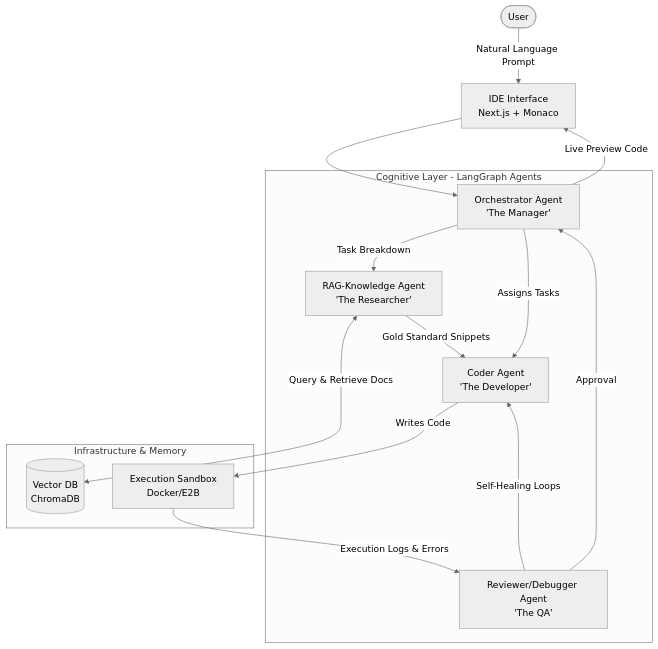
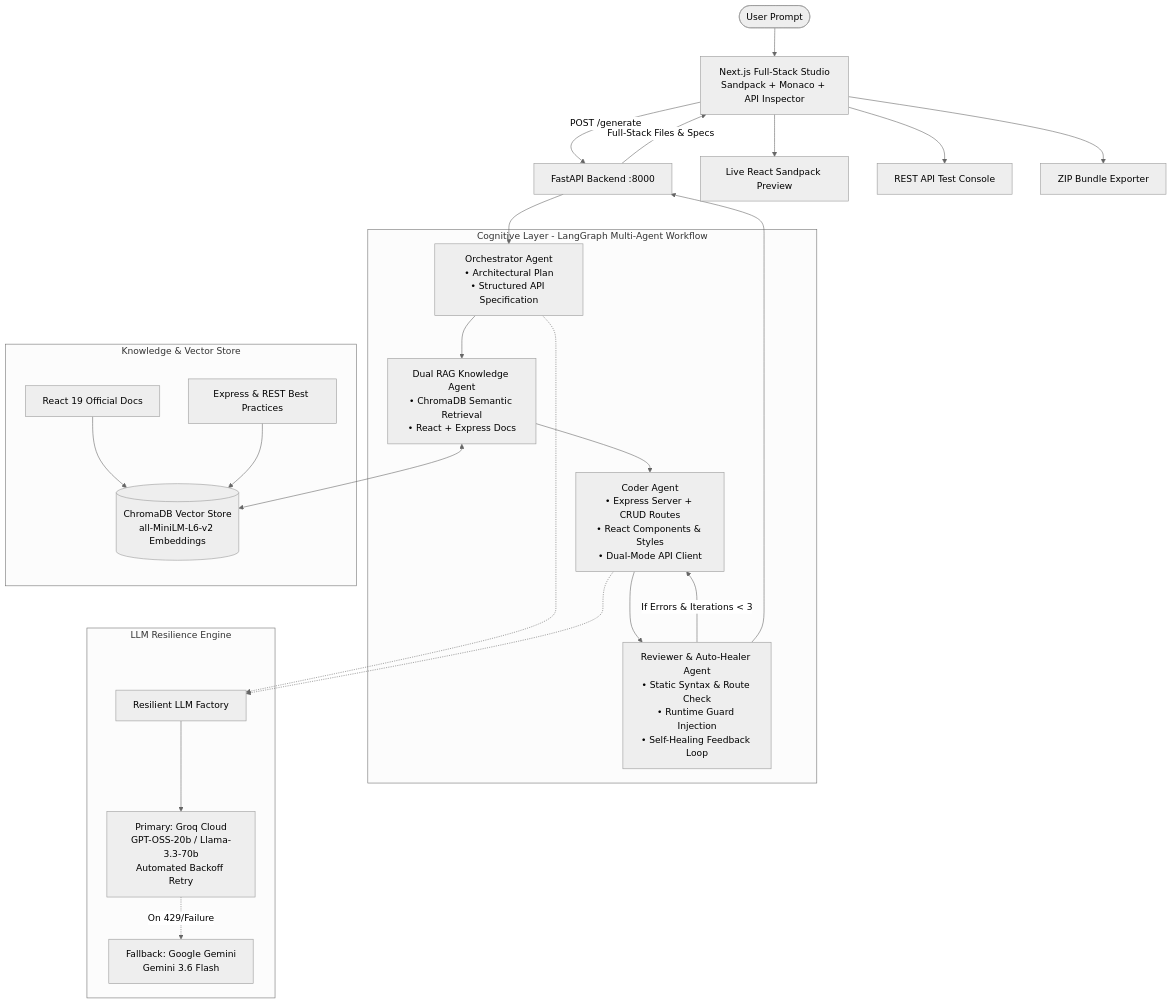
Before and after one commit to Nandinidurga/agentic-webdev: the diagram in README.md, drawn with Mermaid (neutral theme). The commit also changed other lines of this file and 23 other files, not shown here.

Commit message:
feat: upgrade to autonomous full-stack generator with Express backend, dual-domain RAG, and resilient multi-provider LLM pipeline

````diff
--- a/README.md
+++ b/README.md
@@ -76,30 +25,44 @@
 ```mermaid
-graph TD
-    User([User]) --> |"Natural Language Prompt"| UI[IDE Interface\nNext.js + Monaco]
-    UI --> Orchestrator
-    
-    subgraph Cognitive Layer - LangGraph Agents
-        Orchestrator[Orchestrator Agent\n'The Manager']
-        Knowledge[RAG-Knowledge Agent\n'The Researcher']
-        Coder[Coder Agent\n'The Developer']
-        Reviewer[Reviewer/Debugger Agent\n'The QA']
+flowchart TD
+    User([User Prompt]) --> UI[Next.js Full-Stack Studio\nSandpack + Monaco + API Inspector]
+    UI -->|POST /generate| Gateway[FastAPI Backend :8000]
+
+    subgraph Cognitive Layer - LangGraph Multi-Agent Workflow
+        Orchestrator[Orchestrator Agent\n• Architectural Plan\n• Structured API Specification]
+        Knowledge[Dual RAG Knowledge Agent\n• ChromaDB Semantic Retrieval\n• React + Express Docs]
+        Coder[Coder Agent\n• Express Server + CRUD Routes\n• React Components & Styles\n• Dual-Mode API Client]
+        Reviewer[Reviewer & Auto-Healer Agent\n• Static Syntax & Route Check\n• Runtime Guard Injection\n• Self-Healing Feedback Loop]
     end
-    
-    subgraph Infrastructure & Memory
-        VectorDB[(Vector DB\nChromaDB)]
-        Sandbox[Execution Sandbox\nDocker/E2B]
+
+    subgraph LLM Resilience Engine
+        LLMFactory[Resilient LLM Factory]
+        Groq[Primary: Groq Cloud\nGPT-OSS-20b / Llama-3.3-70b\nAutomated Backoff Retry]
+        Gemini[Fallback: Google Gemini\nGemini 3.6 Flash]
     end
-    
-    Orchestrator --> |Task Breakdown| Knowledge
-    Orchestrator --> |Assigns Tasks| Coder
-    
-    Knowledge <--> |Query & Retrieve Docs| VectorDB
-    Knowledge --> |Gold Standard Snippets| Coder
-    
-    Coder --> |Writes Code| Sandbox
-    Sandbox --> |Execution Logs & Errors| Reviewer
-    Reviewer --> |Self-Healing Loops| Coder
-    Reviewer --> |Approval| Orchestrator
-    
-    Orchestrator --> |Live Preview Code| UI
+
+    subgraph Knowledge & Vector Store
+        Chroma[(ChromaDB Vector Store\nall-MiniLM-L6-v2 Embeddings)]
+        ReactDocs[React 19 Official Docs]
+        ExpressDocs[Express & REST Best Practices]
+    end
+
+    Gateway --> Orchestrator
+    Orchestrator --> Knowledge
+    Knowledge <--> Chroma
+    ReactDocs --> Chroma
+    ExpressDocs --> Chroma
+    Knowledge --> Coder
+    Coder --> Reviewer
+    Reviewer -->|If Errors & Iterations < 3| Coder
+    Reviewer --> Gateway
+
+    Orchestrator -.-> LLMFactory
+    Coder -.-> LLMFactory
+    LLMFactory --> Groq
+    Groq -.->|On 429/Failure| Gemini
+
+    Gateway -->|Full-Stack Files & Specs| UI
+    UI --> Sandpack[Live React Sandpack Preview]
+    UI --> ApiInspector[REST API Test Console]
+    UI --> ZipExport[ZIP Bundle Exporter]
 ```
````
